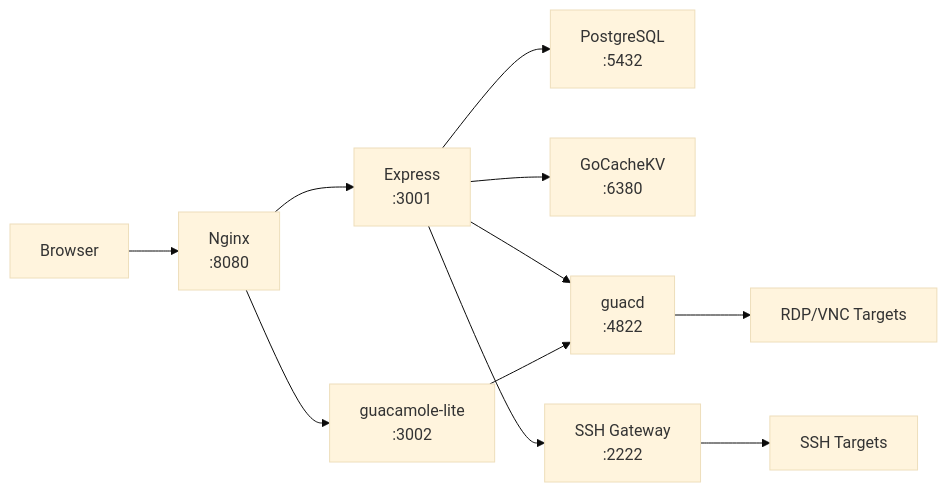
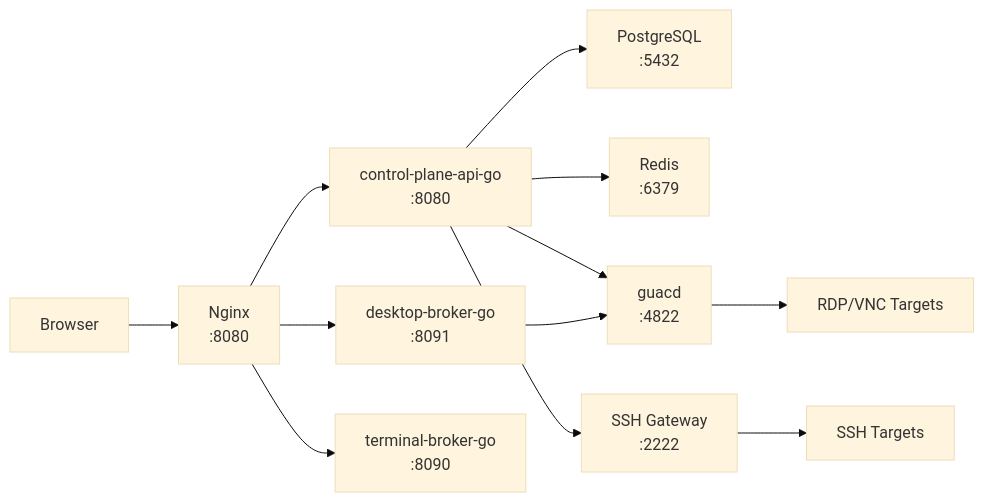
The diagram in docs/index.md (dnviti/arsenale), drawn with Mermaid (base theme) before and after one commit. The commit also changed other lines of this file and 300 other files, not shown here.

````diff
--- a/docs/index.md
+++ b/docs/index.md
@@ -63,13 +62,14 @@
 ```mermaid
 flowchart LR
     Browser["Browser"] --> Nginx["Nginx\n:8080"]
-    Nginx --> Server["Express\n:3001"]
-    Nginx --> GuacWS["guacamole-lite\n:3002"]
-    Server --> DB["PostgreSQL\n:5432"]
-    Server --> Cache["GoCacheKV\n:6380"]
-    Server --> Guacd["guacd\n:4822"]
-    Server --> SSHGw["SSH Gateway\n:2222"]
-    GuacWS --> Guacd
+    Nginx --> API["control-plane-api-go\n:8080"]
+    Nginx --> Desktop["desktop-broker-go\n:8091"]
+    Nginx --> Terminal["terminal-broker-go\n:8090"]
+    API --> DB["PostgreSQL\n:5432"]
+    API --> Cache["Redis\n:6379"]
+    API --> Guacd["guacd\n:4822"]
+    API --> SSHGw["SSH Gateway\n:2222"]
+    Desktop --> Guacd
     Guacd --> Targets["RDP/VNC Targets"]
     SSHGw --> SSHTargets["SSH Targets"]
 ```
````
